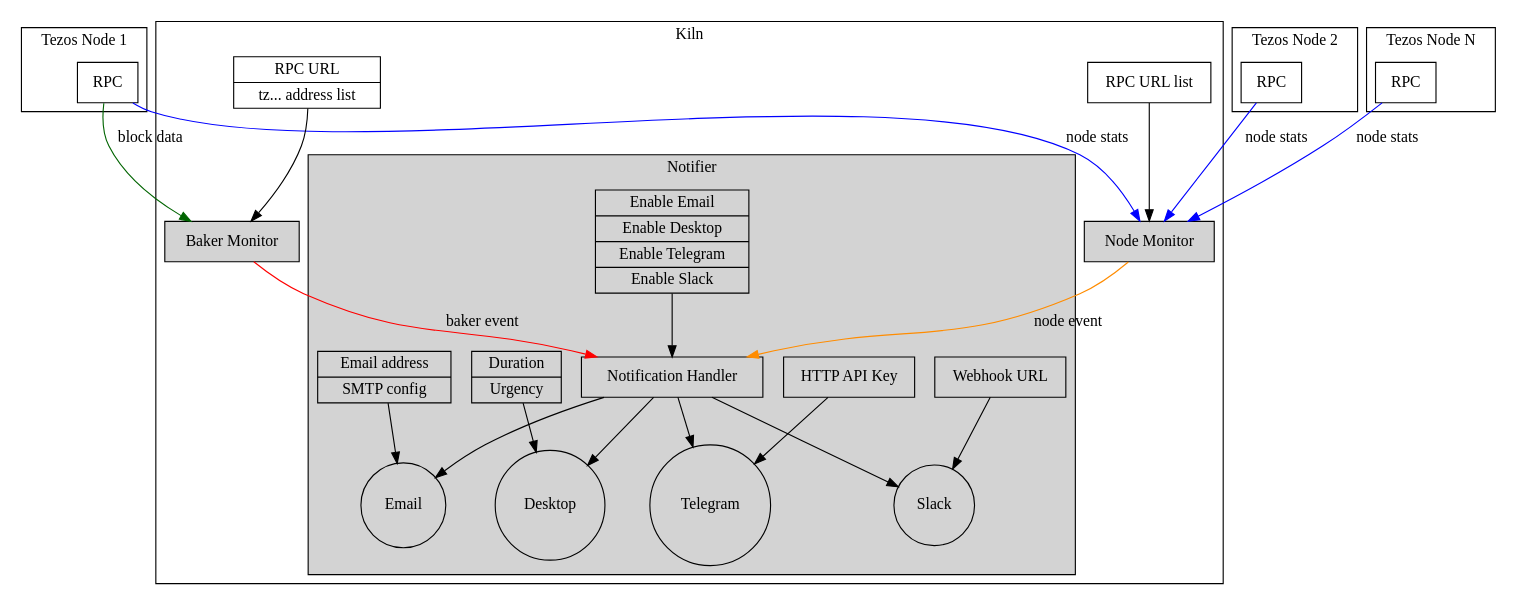
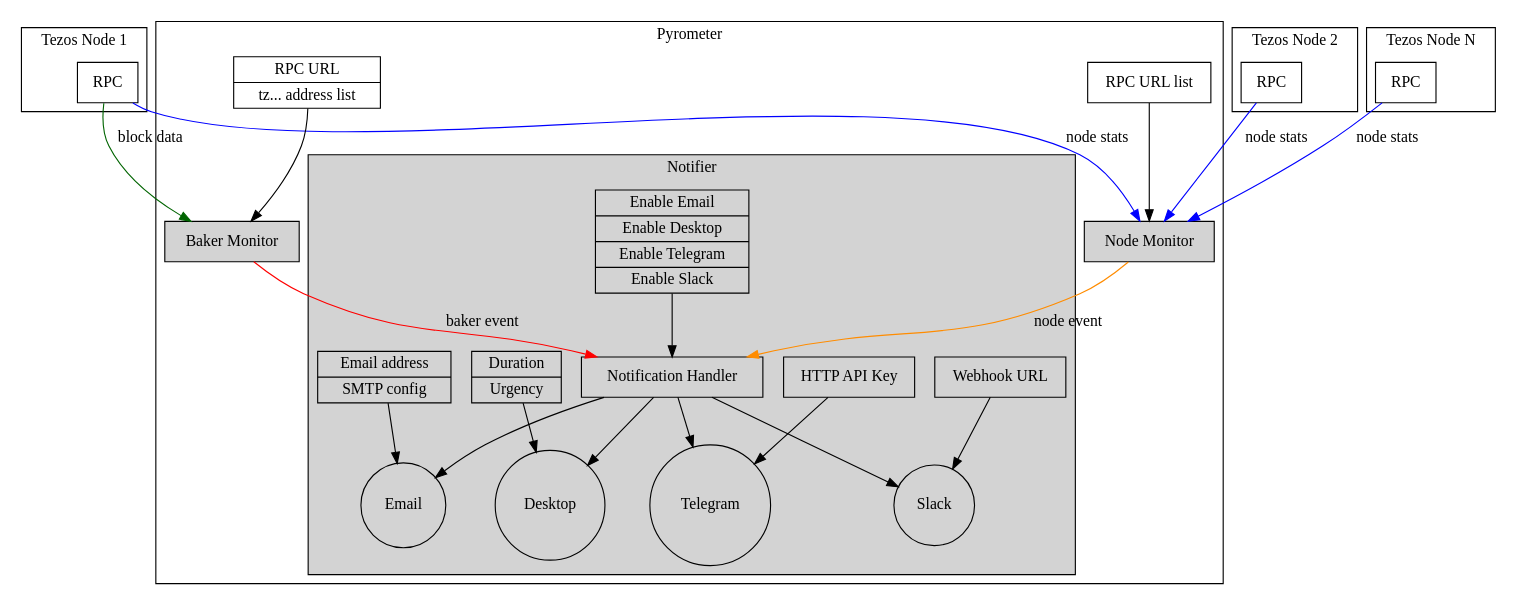
The diagram in doc/architecture.dot (Aure64/pyro_fork), drawn with Graphviz before and after one commit. The commit also changed 1 other file, not shown here.

Commit message:
rename to pyrometer in architechture diagram

```diff
--- a/doc/architecture.dot
+++ b/doc/architecture.dot
@@ -1,72 +1,72 @@
 digraph World {
 
 subgraph cluster_tezos_node1 {
         node[shape=rectangle];
         tezos_node_rpc1[label="RPC"];
         label="Tezos Node 1"
 }
 
 subgraph cluster_tezos_node2 {
         node[shape=rectangle];
         tezos_node_rpc2[label="RPC"];
         label="Tezos Node 2"
 }
 
 subgraph cluster_tezos_nodeN {
         node[shape=rectangle];
         tezos_node_rpcN[label="RPC"];
         label="Tezos Node N"
 }
 
-subgraph cluster_kiln {
+subgraph cluster_pyrometer {
         node[shape=rectangle];
         node_monitor[label="Node Monitor", style="filled"];
         baker_monitor[label="Baker Monitor", style="filled"]
         node_monitor -> notification_handler [label="node event", color="darkorange"];
         baker_monitor -> notification_handler [label="baker event", color="red"];
         tezos_node_rpc1 -> baker_monitor [label="block data", color="darkgreen"];
         tezos_node_rpc1 -> node_monitor [label="node stats", color="blue"];
         tezos_node_rpc2 -> node_monitor [label="node stats", color="blue"];
         tezos_node_rpcN -> node_monitor [label="node stats", color="blue"];
-        label = "Kiln";
+        label = "Pyrometer";
         subgraph cluster_notifier {
                 style=filled
                 node[shape=circle];
                 notification_handler[shape=rectangle,
                                      label="Notification Handler"]
                 channel_email[label="Email"];
                 channel_desktop[label="Desktop"];
                 channel_telegram[label="Telegram"];
                 channel_slack[label="Slack"];
 
                 notification_handler -> channel_email
                 notification_handler -> channel_desktop
                 notification_handler -> channel_telegram
                 notification_handler -> channel_slack
                 label="Notifier"
 
                 config_notifier [shape="record", label="{<f0> Enable Email | <f1> Enable Desktop| <f2> Enable Telegram | <f3> Enable Slack}"];
                 config_notifier -> notification_handler
 
                 config_email [shape=record, label="{<f0> Email address | <f1> SMTP config}"]
                 config_email -> channel_email;
 
                 config_telegram [shape=record, label="{<f0> HTTP API Key}"]
                 config_telegram -> channel_telegram;
 
                 config_desktop [shape=record, label="{<f0> Duration | <f1> Urgency}"]
                 config_desktop -> channel_desktop;
 
                 config_slack [shape=record, label="{<f0> Webhook URL}"]
                 config_slack -> channel_slack;
 
         }
 
         config_baker_monitor [shape="record", label="{<f0> RPC URL|<f1> tz... address list}"];
         config_baker_monitor -> baker_monitor;
 
         config_node_monitor [shape="record", label="<f0> RPC URL list"];
         config_node_monitor -> node_monitor;
 
 }
 }
```
